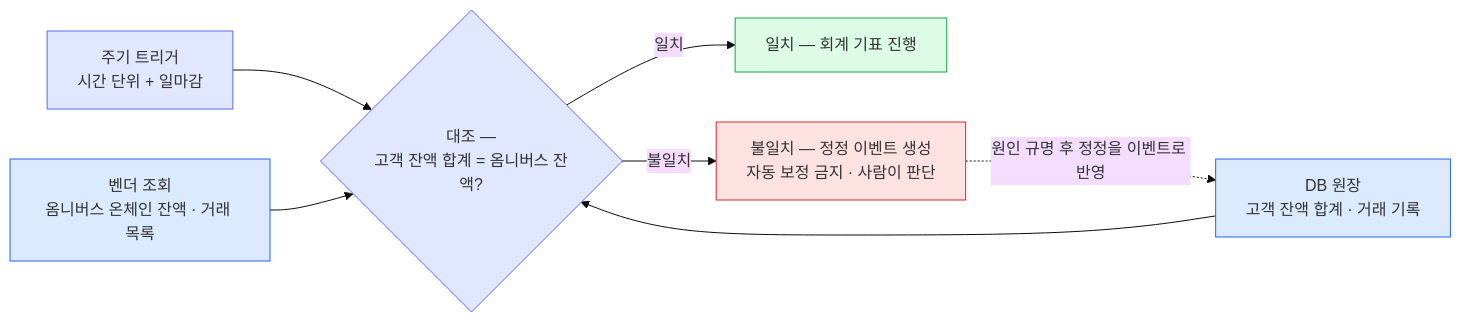
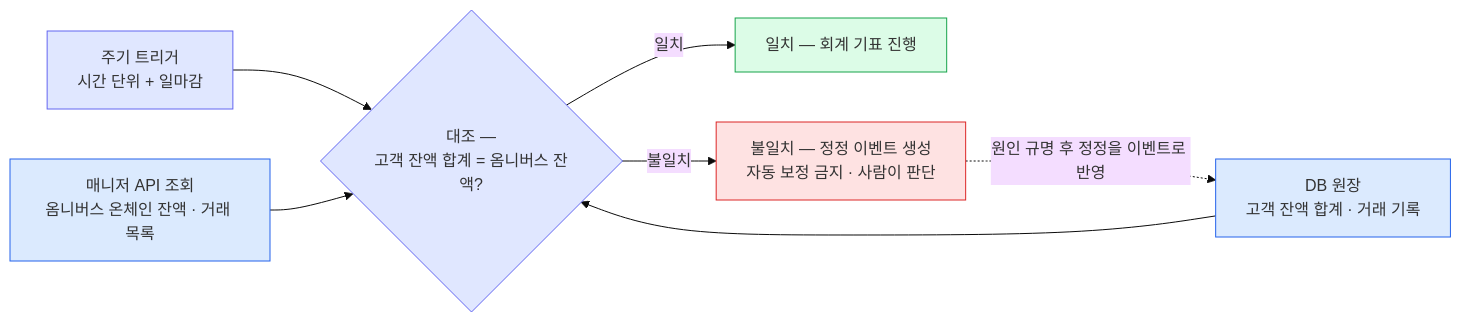
The fourth of 4 diagrams in blockchain-manager/docs/설계/08-balance-history.md (eunsujeo/eunpus), drawn with Mermaid (base theme) before and after one commit. The commit also changed other lines of this file and 10 other files, not shown here.

First line of the commit message:
칸반 문서: 아키텍처 경계 전면 전환 — 포트/어댑터 → 매니저 API + 웹소켓

````diff
--- a/blockchain-manager/docs/설계/08-balance-history.md
+++ b/blockchain-manager/docs/설계/08-balance-history.md
@@ -114,22 +115,22 @@
 ```mermaid
 flowchart LR
     T["주기 트리거<br/>시간 단위 + 일마감"]
     L["DB 원장<br/>고객 잔액 합계 · 거래 기록"]
-    V["벤더 조회<br/>옴니버스 온체인 잔액 · 거래 목록"]
+    V["매니저 API 조회<br/>옴니버스 온체인 잔액 · 거래 목록"]
     C{"대조 —<br/>고객 잔액 합계 = 옴니버스 잔액?"}
     OK["일치 — 회계 기표 진행"]
     NG["불일치 — 정정 이벤트 생성<br/>자동 보정 금지 · 사람이 판단"]
 
     T --> C
     L --> C
     V --> C
     C -->|일치| OK
     C -->|불일치| NG
     NG -.->|"원인 규명 후 정정을 이벤트로 반영"| L
 
     classDef trig fill:#e0e7ff,stroke:#6366f1;
     classDef src fill:#dbeafe,stroke:#2563eb;
     classDef good fill:#dcfce7,stroke:#16a34a;
     classDef bad fill:#fee2e2,stroke:#dc2626;
     class T,C trig; class L,V src; class OK good; class NG bad;
 ```
````
